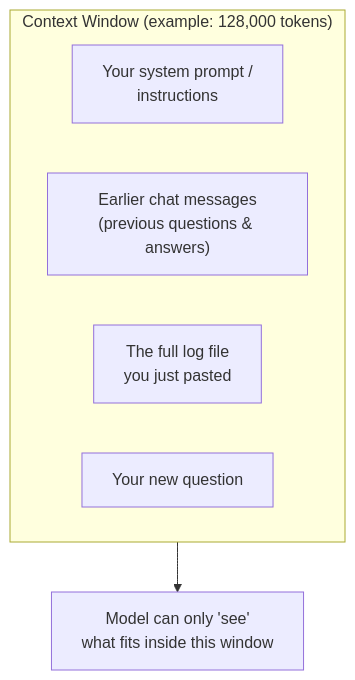
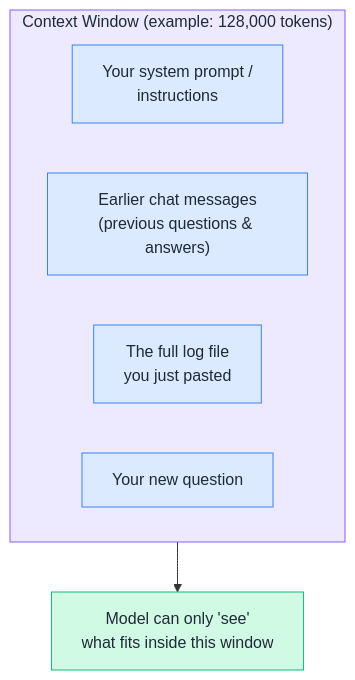
Before and after one commit to saghosh8/AI-For-DevOps: the second of 7 diagrams in Week 1 — LLM & GenAI Foundations/Day 2 — How LLMs Work.md, drawn with Mermaid. The commit also changed other lines of this file, not shown here.

````diff
--- a/Week 1 — LLM & GenAI Foundations/Day 2 — How LLMs Work.md
+++ b/Week 1 — LLM & GenAI Foundations/Day 2 — How LLMs Work.md
@@ -30,10 +41,21 @@
 ```mermaid
 flowchart TB
     subgraph CW["Context Window (example: 128,000 tokens)"]
         A["Your system prompt /\ninstructions"]
         B["Earlier chat messages\n(previous questions & answers)"]
         C["The full log file\nyou just pasted"]
         D["Your new question"]
     end
     CW --> E["Model can only 'see'\nwhat fits inside this window"]
+
+    classDef purple fill:#EDE9FE,stroke:#8B5CF6,color:#1F2937
+    classDef blue fill:#DBEAFE,stroke:#3B82F6,color:#1F2937
+    classDef green fill:#D1FAE5,stroke:#10B981,color:#1F2937
+
+    class CW purple
+    class A blue
+    class B blue
+    class C blue
+    class D blue
+    class E green
 ```
````
